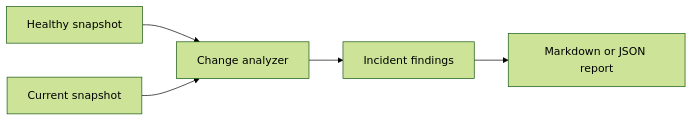
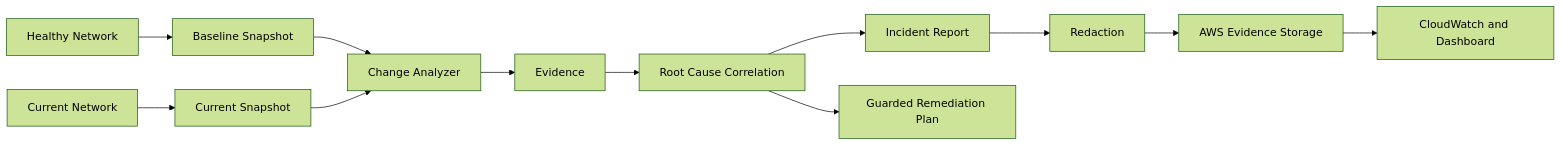
One commit to PatienceEnoch/last-known-good changed the diagram in README.md. Above: the diagram before and after it, drawn with Mermaid (forest theme). The commit also changed other lines of this file, not shown here.

Commit message:
Refresh README with clearer project story and current capabilities

````diff
--- a/README.md
+++ b/README.md
@@ -111,7 +315,18 @@
 ```mermaid
 flowchart LR
-    A[Healthy snapshot] --> C[Change analyzer]
-    B[Current snapshot] --> C
-    C --> D[Incident findings]
-    D --> E[Markdown or JSON report]
+    A[Healthy Network] --> B[Baseline Snapshot]
+    C[Current Network] --> D[Current Snapshot]
+
+    B --> E[Change Analyzer]
+    D --> E
+
+    E --> F[Evidence]
+    F --> G[Root Cause Correlation]
+    G --> H[Incident Report]
+
+    H --> I[Redaction]
+    I --> J[AWS Evidence Storage]
+    J --> K[CloudWatch and Dashboard]
+
+    G --> L[Guarded Remediation Plan]
 ```
````
